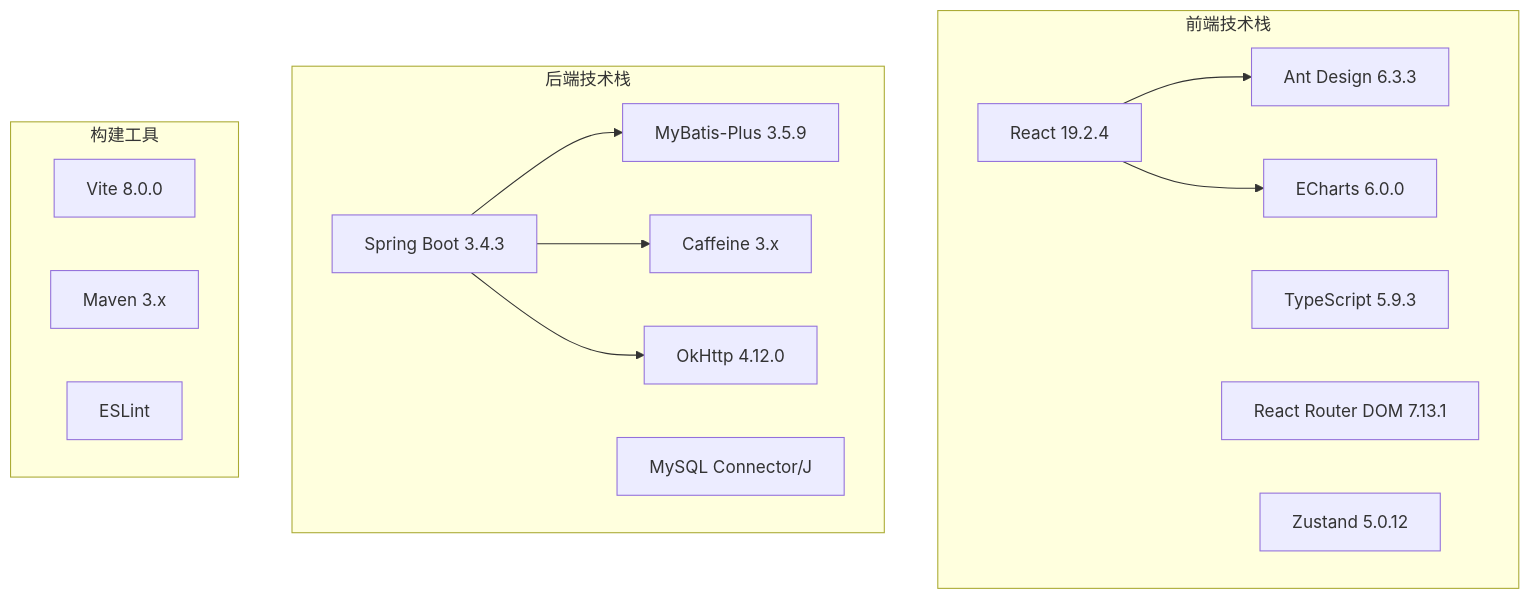
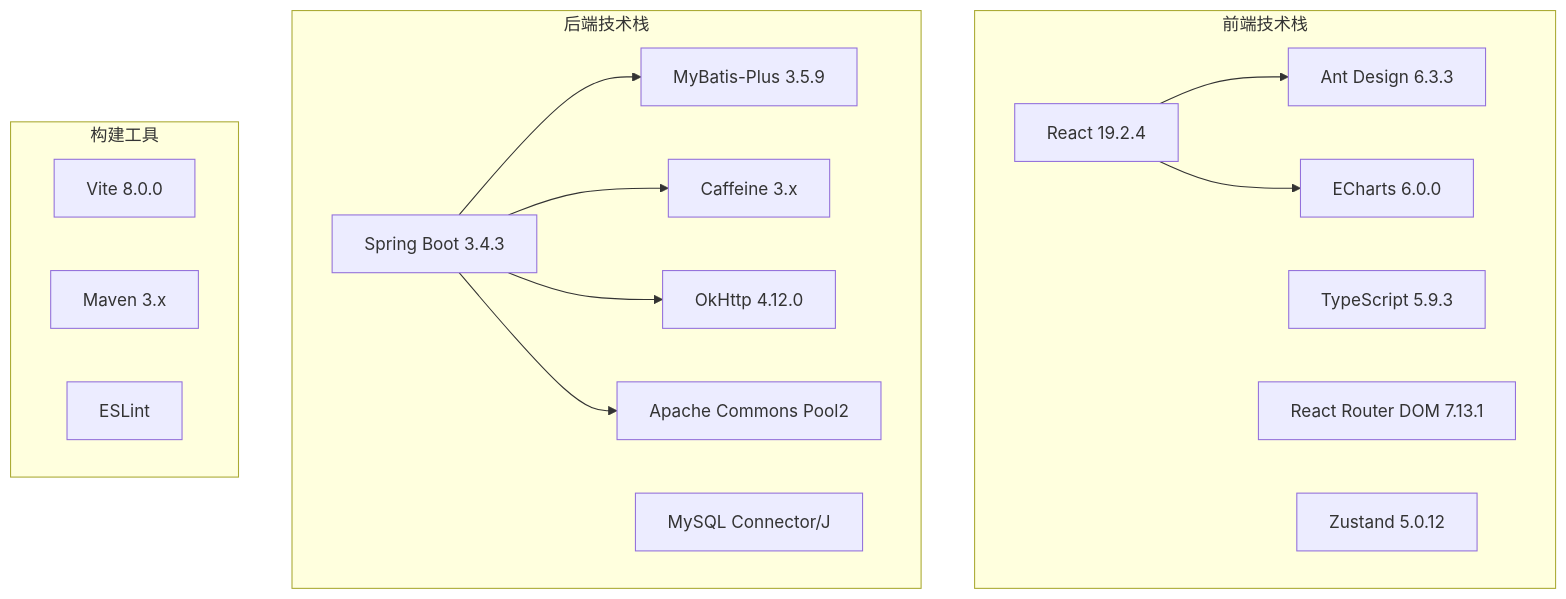
One commit to gree-coder/fund-butler changed the ninth of 11 diagrams in .qoder/repowiki/zh/content/核心功能开发/实时市场数据可视化.md. Above: the diagram before and after it, drawn with Mermaid. The commit also changed other lines of this file and 23 other files, not shown here.

````diff
--- a/.qoder/repowiki/zh/content/核心功能开发/实时市场数据可视化.md
+++ b/.qoder/repowiki/zh/content/核心功能开发/实时市场数据可视化.md
@@ -343,28 +416,30 @@
 ```mermaid
 graph TB
 subgraph "前端技术栈"
 A[React 19.2.4]
 B[TypeScript 5.9.3]
 C[Ant Design 6.3.3]
 D[ECharts 6.0.0]
 E[React Router DOM 7.13.1]
 F[Zustand 5.0.12]
 end
 subgraph "后端技术栈"
 G[Spring Boot 3.4.3]
 H[MyBatis-Plus 3.5.9]
 I[OkHttp 4.12.0]
 J[Caffeine 3.x]
 K[MySQL Connector/J]
+L[Apache Commons Pool2]
 end
 subgraph "构建工具"
-L[Vite 8.0.0]
-M[Maven 3.x]
-N[ESLint]
+M[Vite 8.0.0]
+N[Maven 3.x]
+O[ESLint]
 end
 A --> C
 A --> D
 G --> H
 G --> J
 G --> I
+G --> L
 ```
````
